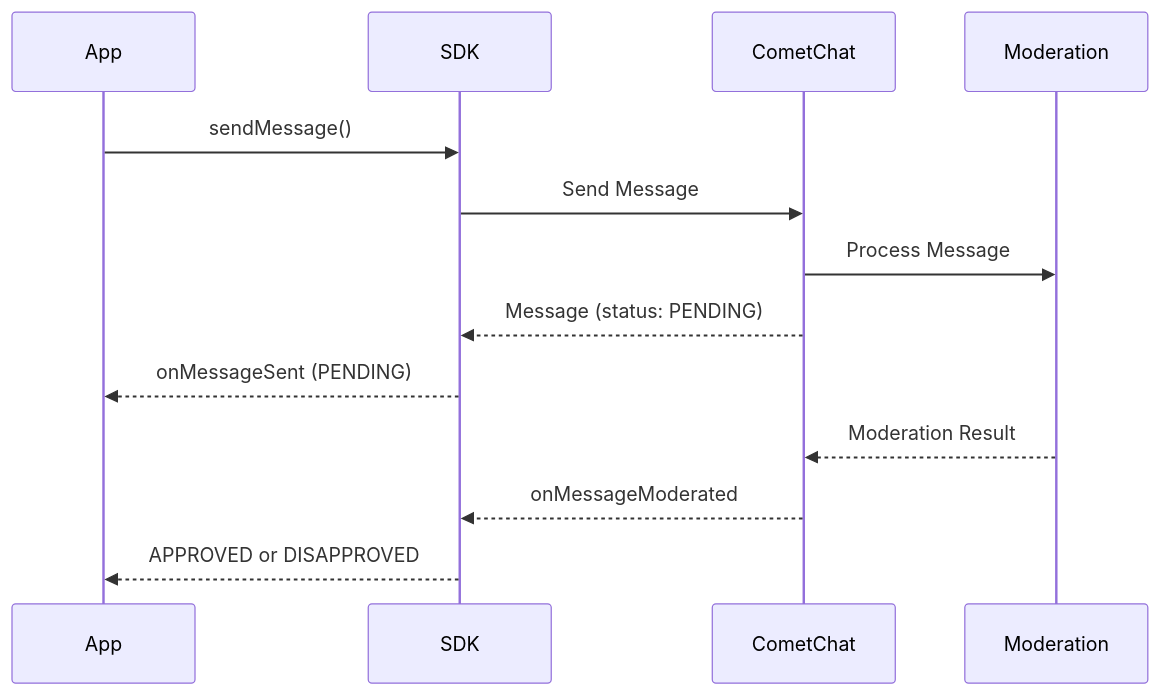
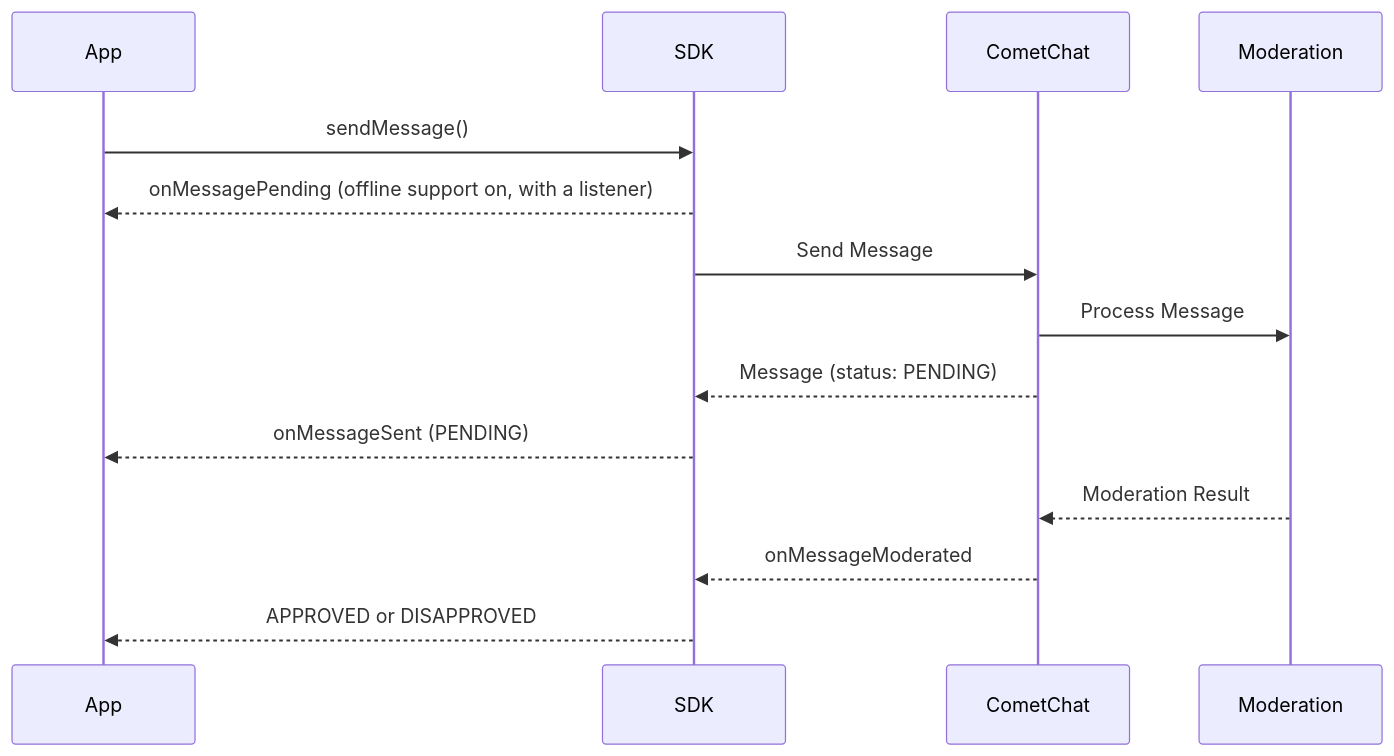
Before and after one commit to cometchat/docs: the diagram in sdk/react-native/ai-moderation.mdx, drawn with Mermaid. The commit also changed other lines of this file and 8 other files, not shown here.

````diff
--- a/sdk/react-native/ai-moderation.mdx
+++ b/sdk/react-native/ai-moderation.mdx
@@ -61,16 +61,17 @@
 ```mermaid
 sequenceDiagram
     participant App
     participant SDK
     participant CometChat
     participant Moderation
 
     App->>SDK: sendMessage()
+    SDK-->>App: onMessagePending (offline support on, with a listener)
     SDK->>CometChat: Send Message
     CometChat->>Moderation: Process Message
     CometChat-->>SDK: Message (status: PENDING)
     SDK-->>App: onMessageSent (PENDING)
     Moderation-->>CometChat: Moderation Result
     CometChat-->>SDK: onMessageModerated
     SDK-->>App: APPROVED or DISAPPROVED
 ```
````
